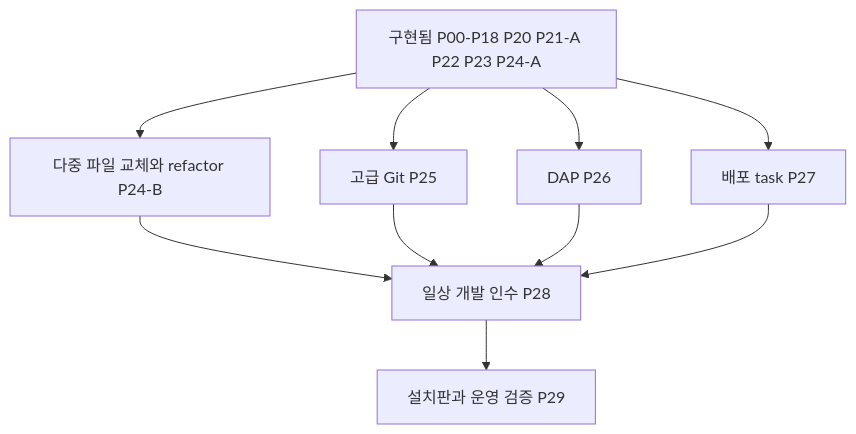
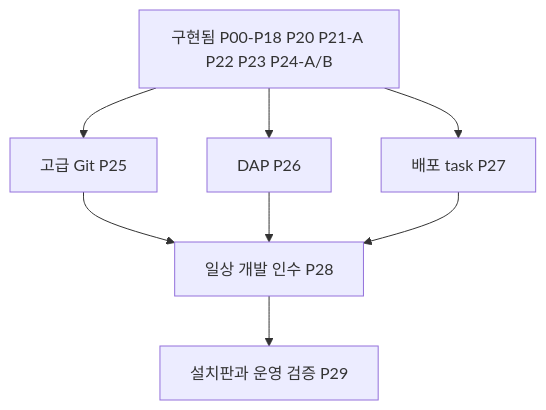
Before and after one commit to fromiron/corral: the diagram in docs/plans/workbench-development-implementation-plan-2026-10-21.md, drawn with Mermaid. The commit also changed other lines of this file and 46 other files, not shown here.

````diff
--- a/docs/plans/workbench-development-implementation-plan-2026-10-21.md
+++ b/docs/plans/workbench-development-implementation-plan-2026-10-21.md
@@ -195,12 +191,10 @@
 ```mermaid
 flowchart TD
-  DONE[구현됨 P00-P18 P20 P21-A P22 P23 P24-A] --> EDIT[다중 파일 교체와 refactor P24-B]
-  DONE --> GIT[고급 Git P25]
+  DONE[구현됨 P00-P18 P20 P21-A P22 P23 P24-A/B] --> GIT[고급 Git P25]
   DONE --> DEBUG[DAP P26]
   DONE --> DEPLOY[배포 task P27]
-  EDIT --> G4[일상 개발 인수 P28]
-  GIT --> G4
+  GIT --> G4[일상 개발 인수 P28]
   DEBUG --> G4
   DEPLOY --> G4
   G4 --> G5[설치판과 운영 검증 P29]
 ```
````
